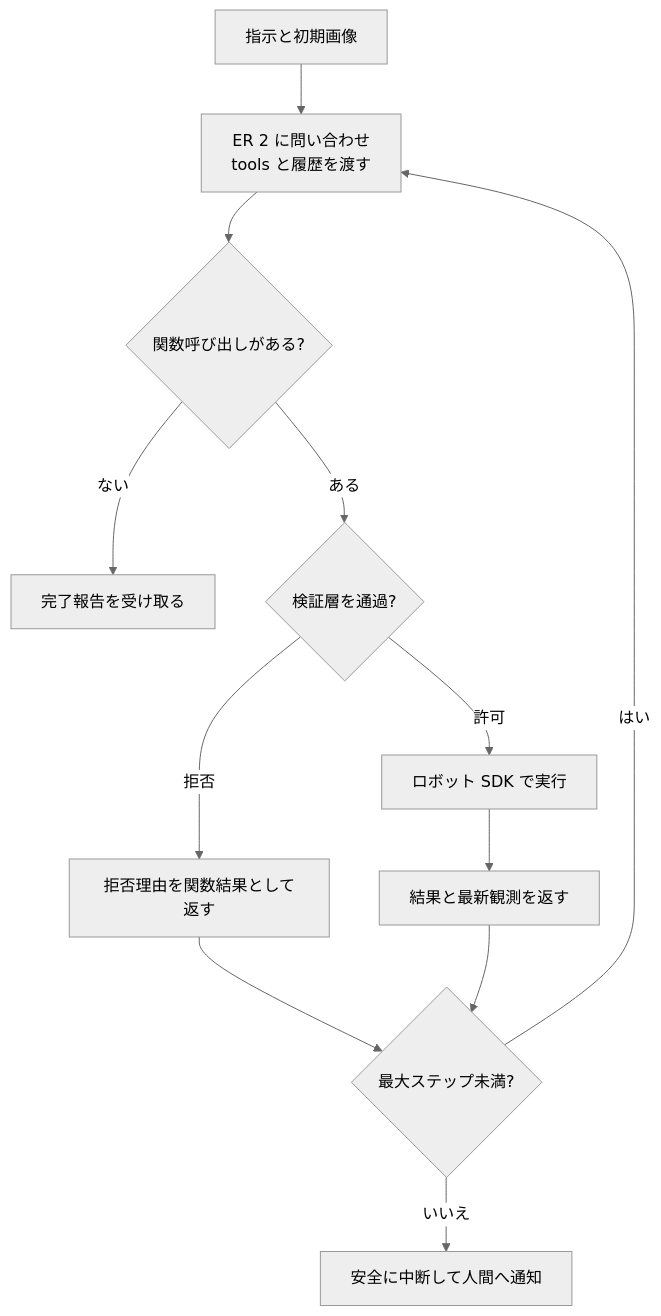
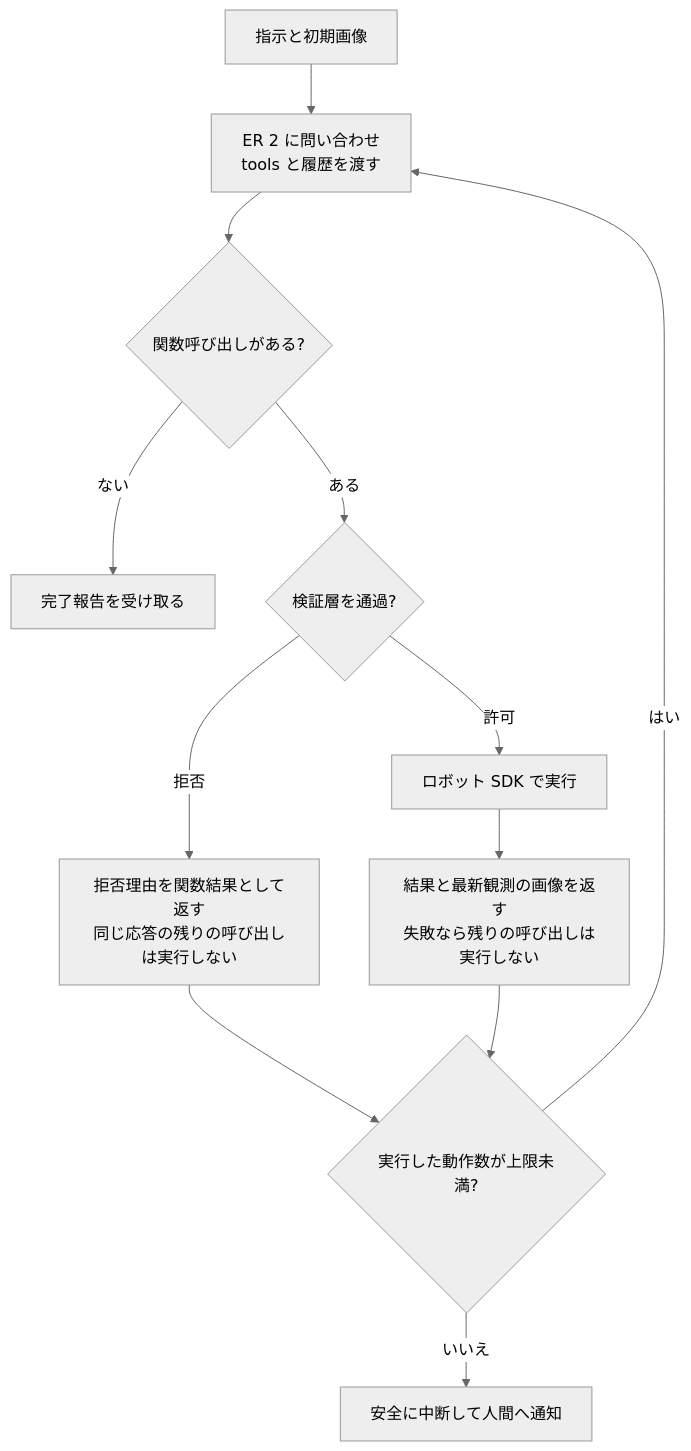
One commit to myoshi2891/Comparison-of-LLMs changed the fourth of 9 diagrams in Gemini-robotics-2-5-guide.md. Above: the diagram before and after it, drawn with Mermaid (neutral theme). The commit also changed other lines of this file and 4 other files, not shown here.

First line of the commit message:
docs(google): fix action limits, continuation flow, finish checks and guard returns in Gemini guides

````diff
--- a/Gemini-robotics-2-5-guide.md
+++ b/Gemini-robotics-2-5-guide.md
@@ -337,14 +337,14 @@
 ```mermaid
 flowchart TD
     START["指示と初期画像"] --> CALL["ER 2 に問い合わせ<br/>tools と履歴を渡す"]
     CALL --> HAS{"関数呼び出しがある?"}
     HAS -->|"ない"| DONE["完了報告を受け取る"]
     HAS -->|"ある"| CHK{"検証層を通過?"}
-    CHK -->|"拒否"| REJ["拒否理由を関数結果として返す"]
+    CHK -->|"拒否"| REJ["拒否理由を関数結果として返す<br/>同じ応答の残りの呼び出しは実行しない"]
     CHK -->|"許可"| EXEC["ロボット SDK で実行"]
-    EXEC --> RES["結果と最新観測を返す"]
+    EXEC --> RES["結果と最新観測の画像を返す<br/>失敗なら残りの呼び出しは実行しない"]
     REJ --> LIM
-    RES --> LIM{"最大ステップ未満?"}
+    RES --> LIM{"実行した動作数が上限未満?"}
     LIM -->|"はい"| CALL
     LIM -->|"いいえ"| ABORT["安全に中断して人間へ通知"]
 ```
````
